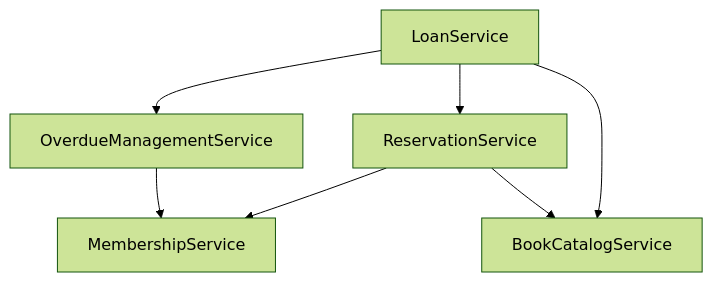
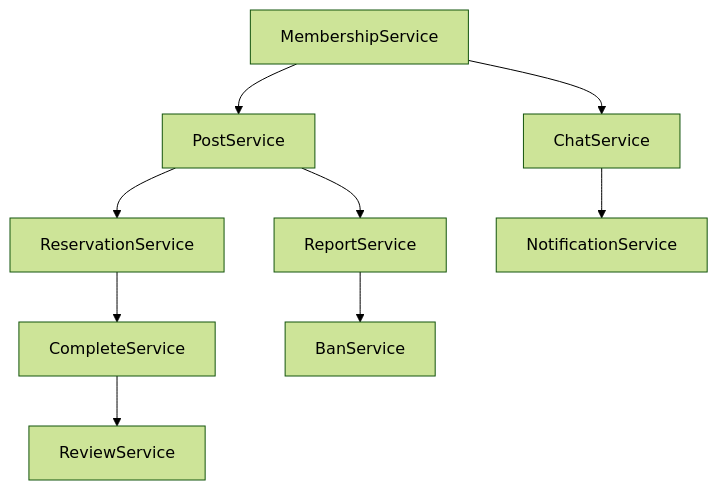
The third of 3 diagrams in docs/domain.md (oyushik/rookiejangter-web-market), drawn with Mermaid (forest theme) before and after one commit. The commit also changed other lines of this file, not shown here.

````diff
--- a/docs/domain.md
+++ b/docs/domain.md
@@ -769,9 +772,11 @@
 ```mermaid
 graph TD
-    A[LoanService] --> B[ReservationService]
-    A --> C[OverdueManagementService]
-    B --> D[MembershipService]
-    C --> D
-    A --> E[BookCatalogService]
-    B --> E
+    A[MembershipService] --> B[PostService]
+    A --> C[ChatService]
+    B --> D[ReservationService]
+    D --> E[CompleteService]
+    E --> F[ReviewService]
+    C --> G[NotificationService]
+    B --> H[ReportService]
+    H --> I[BanService]
 ```
````
